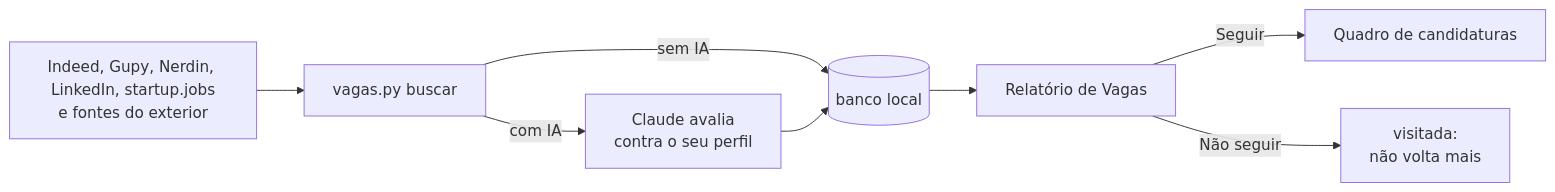
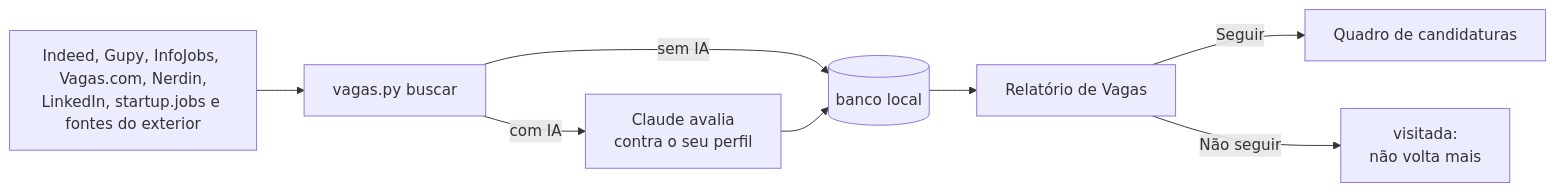
The diagram in README.md (SouMarcel/meu-proximo-trampo), drawn with Mermaid before and after one commit. The commit also changed other lines of this file and 39 other files, not shown here.

````diff
--- a/README.md
+++ b/README.md
@@ -94,10 +95,10 @@
 ```mermaid
 flowchart LR
-  A[Indeed, Gupy, Nerdin, LinkedIn, startup.jobs<br/>e fontes do exterior] --> B[vagas.py buscar]
+  A[Indeed, Gupy, InfoJobs, Vagas.com, Nerdin,<br/>LinkedIn, startup.jobs e fontes do exterior] --> B[vagas.py buscar]
   B -->|sem IA| D[(banco local)]
   B -->|com IA| C[Claude avalia<br/>contra o seu perfil]
   C --> D
   D --> E[Relatório de Vagas]
   E -->|Seguir| F[Quadro de candidaturas]
   E -->|Não seguir| G[visitada:<br/>não volta mais]
 ```
````
